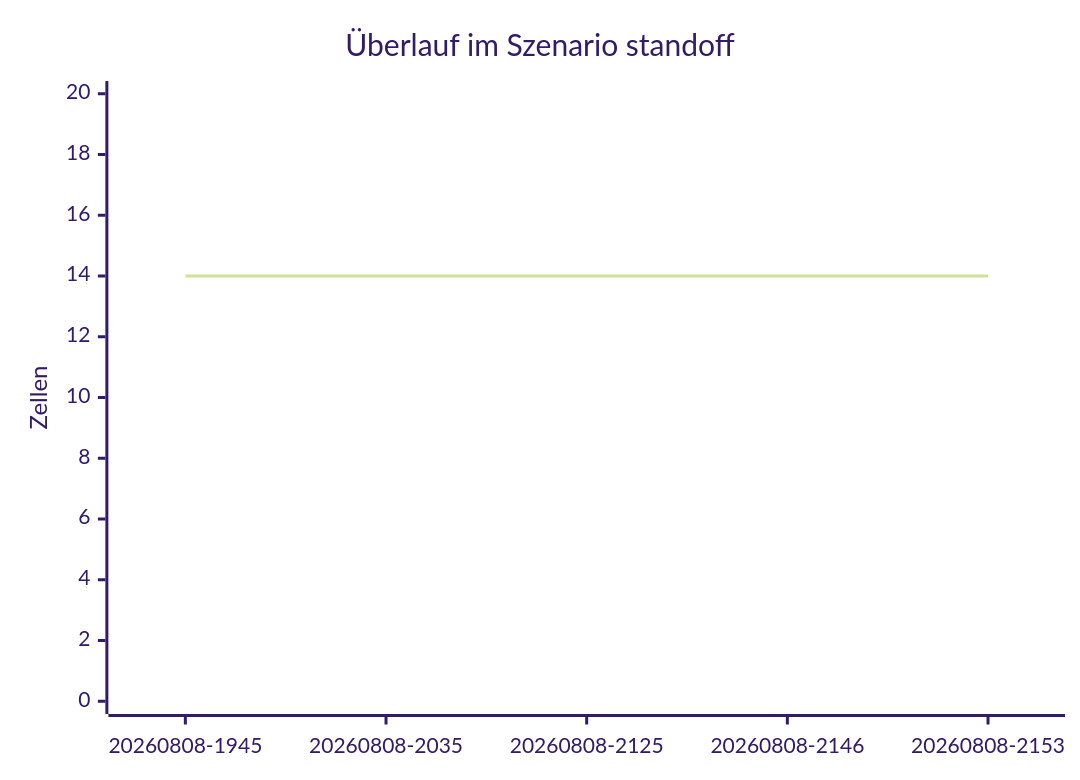
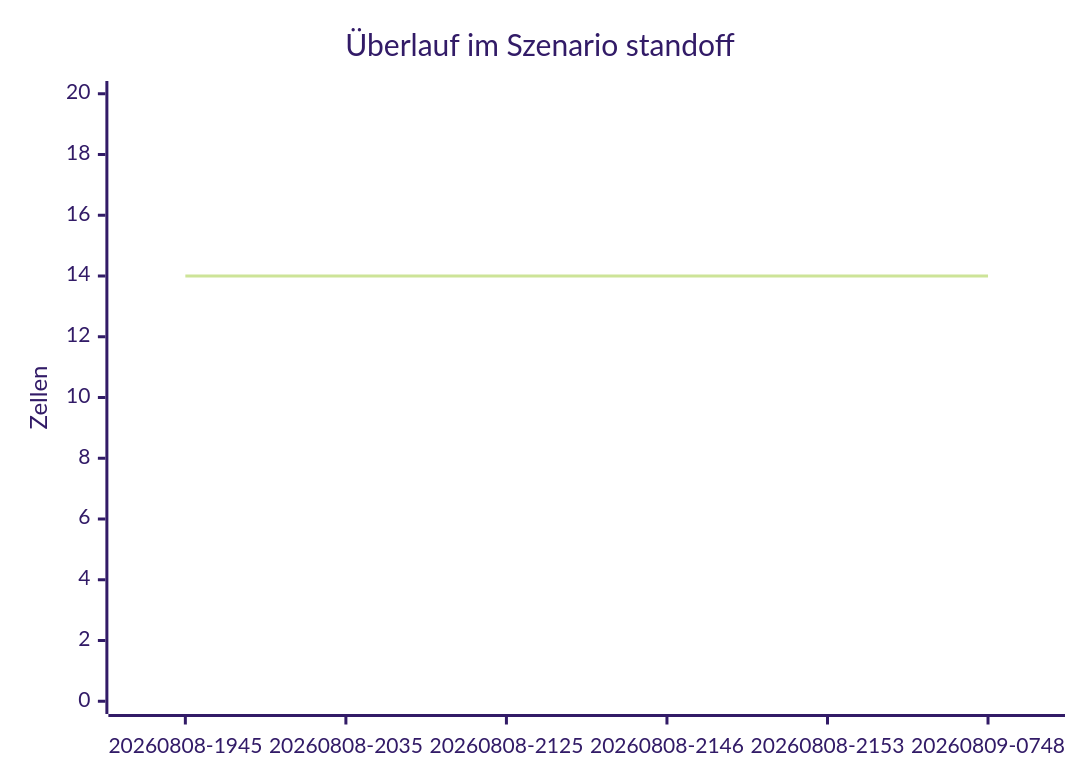
One commit to arn-c0de/Project_Nova changed the third of 3 diagrams in tools/Nova.AiLab/reports/README.md. Above: the diagram before and after it, drawn with Mermaid (forest theme). The commit also changed other lines of this file and 134 other files, not shown here.

````diff
--- a/tools/Nova.AiLab/reports/README.md
+++ b/tools/Nova.AiLab/reports/README.md
@@ -69,7 +70,7 @@
 ```mermaid
 xychart-beta
     title "Überlauf im Szenario standoff"
-    x-axis ["20260808-1945", "20260808-2035", "20260808-2125", "20260808-2146", "20260808-2153"]
+    x-axis ["20260808-1945", "20260808-2035", "20260808-2125", "20260808-2146", "20260808-2153", "20260809-0748"]
     y-axis "Zellen" 0 --> 20
-    line [14, 14, 14, 14, 14]
+    line [14, 14, 14, 14, 14, 14]
 ```
````
